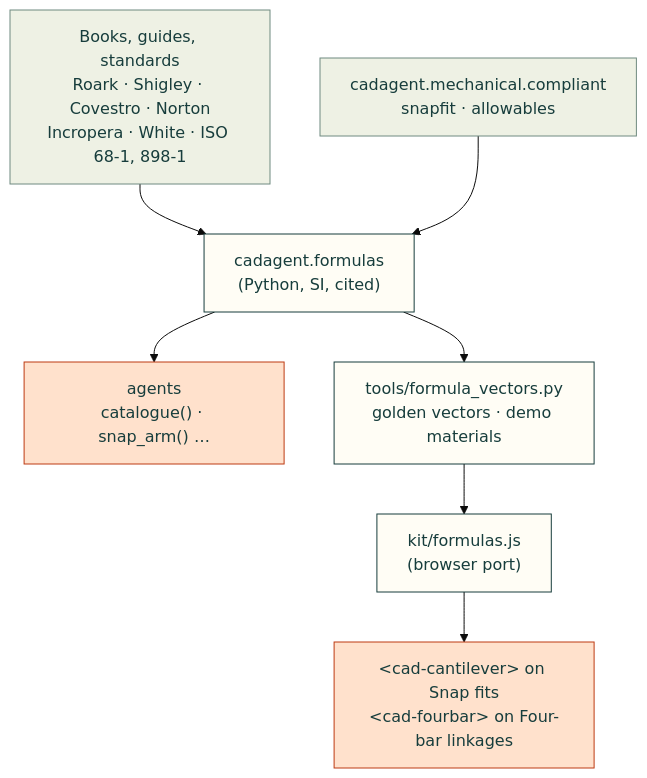
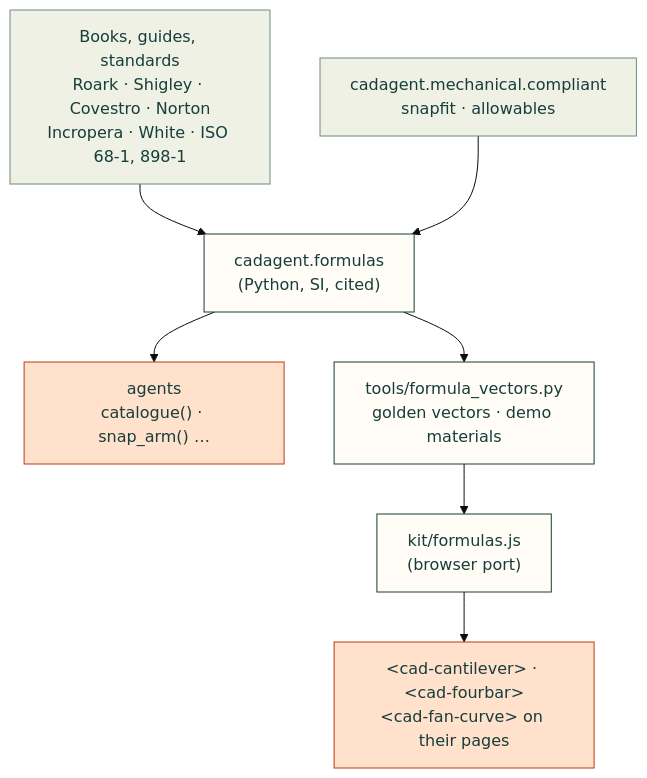
Before and after one commit to Valpatel/cad-agent: the diagram in docs/formulas.md, drawn with Mermaid (base theme). The commit also changed other lines of this file and 11 other files, not shown here.

First line of the commit message:
docs: an Airflow and fans page with the fan-curve explorer, also on Engineering formulas (#160)

````diff
--- a/docs/formulas.md
+++ b/docs/formulas.md
@@ -77,15 +88,15 @@
 ```mermaid
 flowchart TD
     S["Books, guides, standards<br/>Roark · Shigley · Covestro · Norton<br/>Incropera · White · ISO 68-1, 898-1"] --> P["cadagent.formulas<br/>(Python, SI, cited)"]
     C["cadagent.mechanical.compliant<br/>snapfit · allowables"] --> P
     P --> A["agents<br/>catalogue() · snap_arm() …"]
     P --> V["tools/formula_vectors.py<br/>golden vectors · demo materials"]
     V --> J["kit/formulas.js<br/>(browser port)"]
-    J --> D["&lt;cad-cantilever&gt; on Snap fits<br/>&lt;cad-fourbar&gt; on Four-bar linkages"]
+    J --> D["&lt;cad-cantilever&gt; · &lt;cad-fourbar&gt;<br/>&lt;cad-fan-curve&gt; on their pages"]
     classDef here fill:#fffdf5,stroke:#173d3c,color:#173d3c
     classDef near fill:#eef1e4,stroke:#6f8a80,color:#173d3c
     classDef out fill:#ffe1cc,stroke:#bd3a12,color:#173d3c
     class P,V,J here
     class S,C near
     class A,D out
 ```
````
